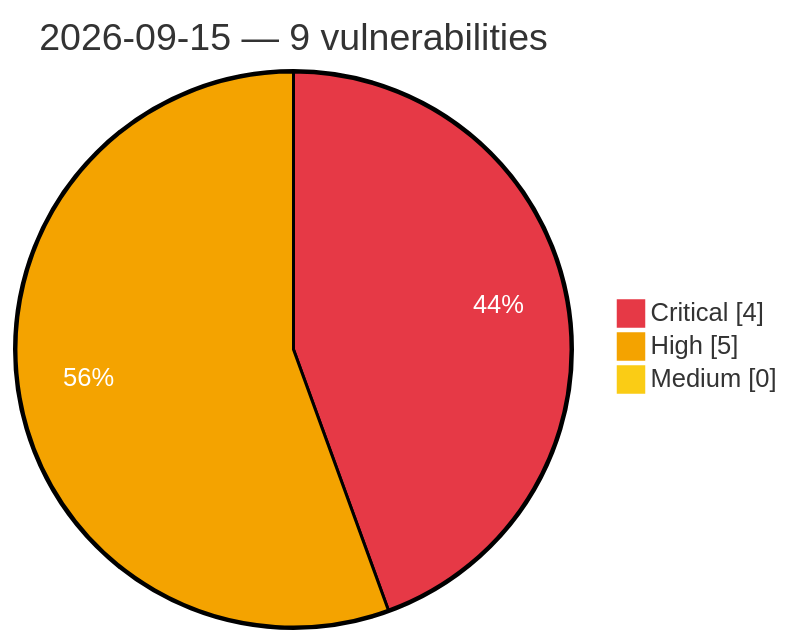
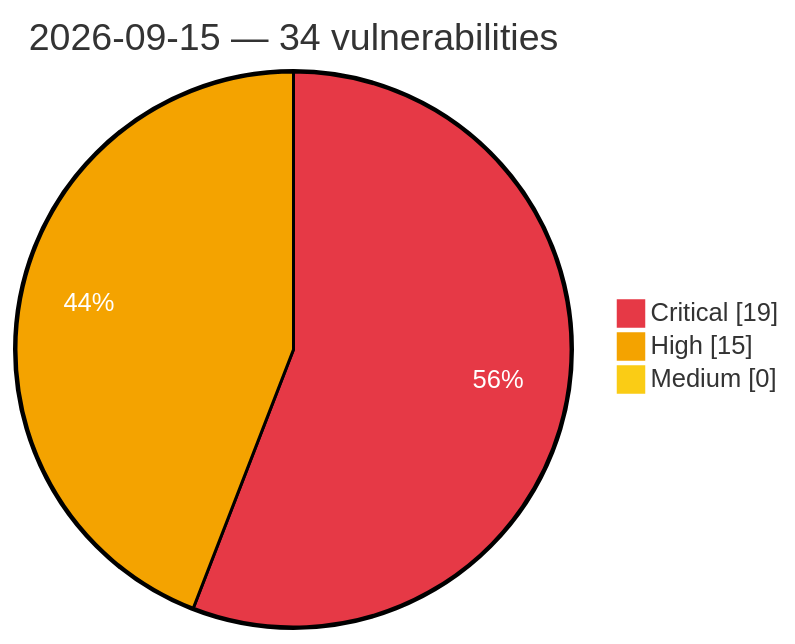
Before and after one commit to GhostX0X/vuln-tracker: the diagram in vulnerabilities/2026/September/2026-09-15.md, drawn with Mermaid. The commit also changed other lines of this file and 5 other files, not shown here.

Commit message:
Auto update: critical/high vulns (2026-09-15 12:40 UTC)

````diff
--- a/vulnerabilities/2026/September/2026-09-15.md
+++ b/vulnerabilities/2026/September/2026-09-15.md
@@ -3,8 +3,8 @@
 ```mermaid
 %%{init: {'theme':'base', 'themeVariables': {'pie1':'#e63946', 'pie2':'#f4a300', 'pie3':'#facc15', 'pieOpacity':'1', 'pieOuterStrokeWidth':'2px', 'pieSectionTextColor':'#ffffff'}}}%%
 pie showData
-    title 2026-09-15 — 9 vulnerabilities
-    "Critical" : 4
-    "High" : 5
+    title 2026-09-15 — 34 vulnerabilities
+    "Critical" : 19
+    "High" : 15
     "Medium" : 0
 ```
````
